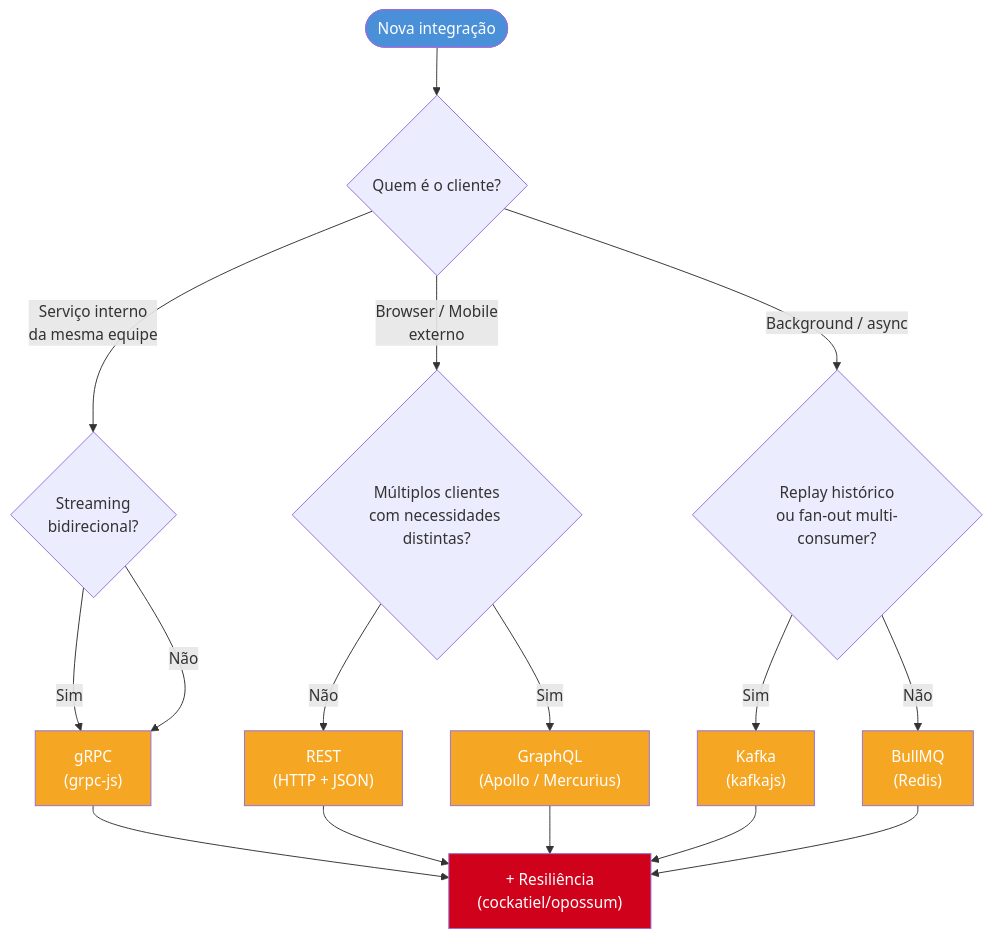
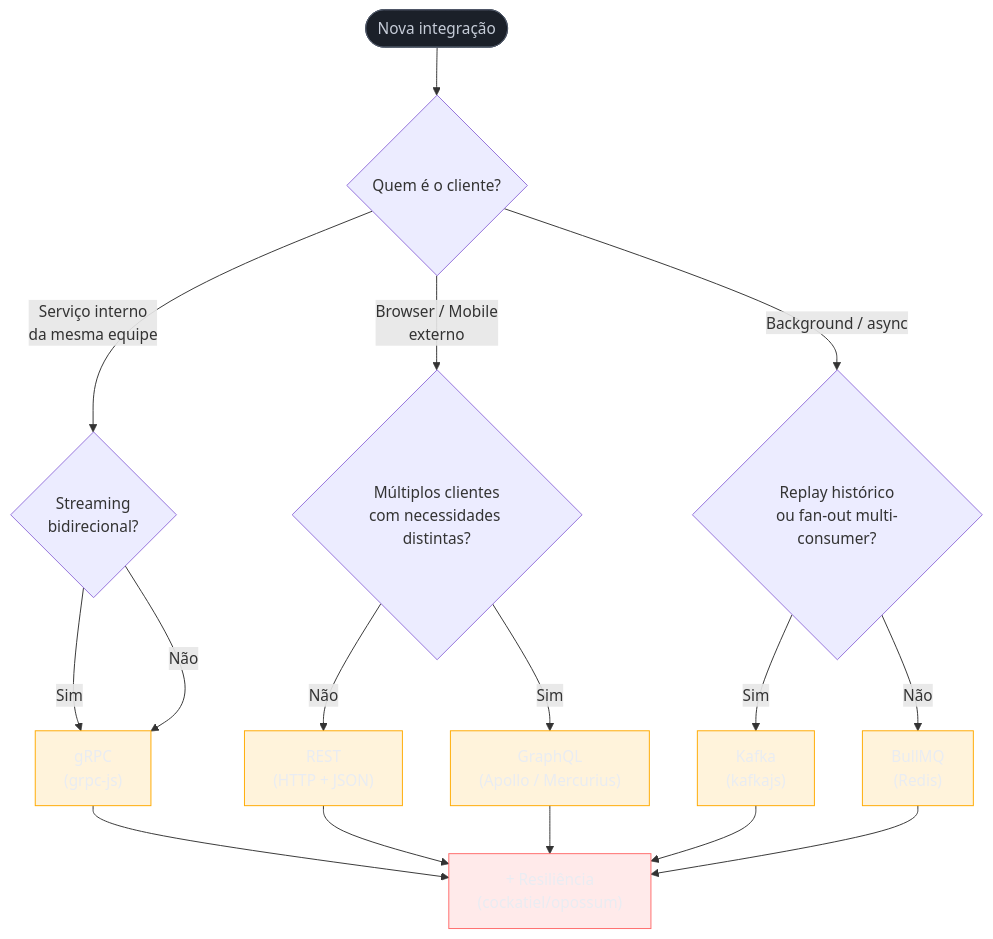
The diagram in 03-Dominios/Tecnologia/Node/Integrações/10 - Cheatsheet e decision tree de integrações.md (josenaldo/codex-technomanticus), drawn with Mermaid before and after one commit. The commit also changed 1181 other files, not shown here.

First line of the commit message:
fix(diagramas): paleta do sistema no lugar de cor cravada no markdown

````diff
--- a/03-Dominios/Tecnologia/Node/Integrações/10 - Cheatsheet e decision tree de integrações.md
+++ b/03-Dominios/Tecnologia/Node/Integrações/10 - Cheatsheet e decision tree de integrações.md
@@ -62,31 +62,34 @@
 ```mermaid
 flowchart TD
+    classDef neutro fill:#1B2029,stroke:#4E5666,color:#C6CCD8
+    classDef destaque fill:#FFAA0024,stroke:#FFAA00,color:#E9ECF2
+    classDef falha fill:#FF6B6B24,stroke:#FF6B6B,color:#E9ECF2
     START([Nova integração]) --> Q1{Quem é o cliente?}
 
     Q1 -->|Serviço interno\nda mesma equipe| Q2{Streaming\nbidirecional?}
     Q1 -->|Browser / Mobile\nexterno| Q3{Múltiplos clientes\ncom necessidades distintas?}
     Q1 -->|Background / async| Q4{Replay histórico\nou fan-out multi-consumer?}
 
     Q2 -->|Sim| GRPC["gRPC\n(grpc-js)"]
     Q2 -->|Não| GRPC
 
     Q3 -->|Sim| GQL["GraphQL\n(Apollo / Mercurius)"]
     Q3 -->|Não| REST["REST\n(HTTP + JSON)"]
 
     Q4 -->|Sim| KAFKA["Kafka\n(kafkajs)"]
     Q4 -->|Não| BULLMQ["BullMQ\n(Redis)"]
 
     GRPC --> RES["+ Resiliência\n(cockatiel/opossum)"]
     REST --> RES
     GQL --> RES
     KAFKA --> RES
     BULLMQ --> RES
 
-    style START fill:#4A90D9,color:#fff
-    style GRPC fill:#F5A623,color:#fff
-    style GQL fill:#F5A623,color:#fff
-    style REST fill:#F5A623,color:#fff
-    style KAFKA fill:#F5A623,color:#fff
-    style BULLMQ fill:#F5A623,color:#fff
-    style RES fill:#D0021B,color:#fff
+    class START neutro
+    class GRPC destaque
+    class GQL destaque
+    class REST destaque
+    class KAFKA destaque
+    class BULLMQ destaque
+    class RES falha
 ```
````
